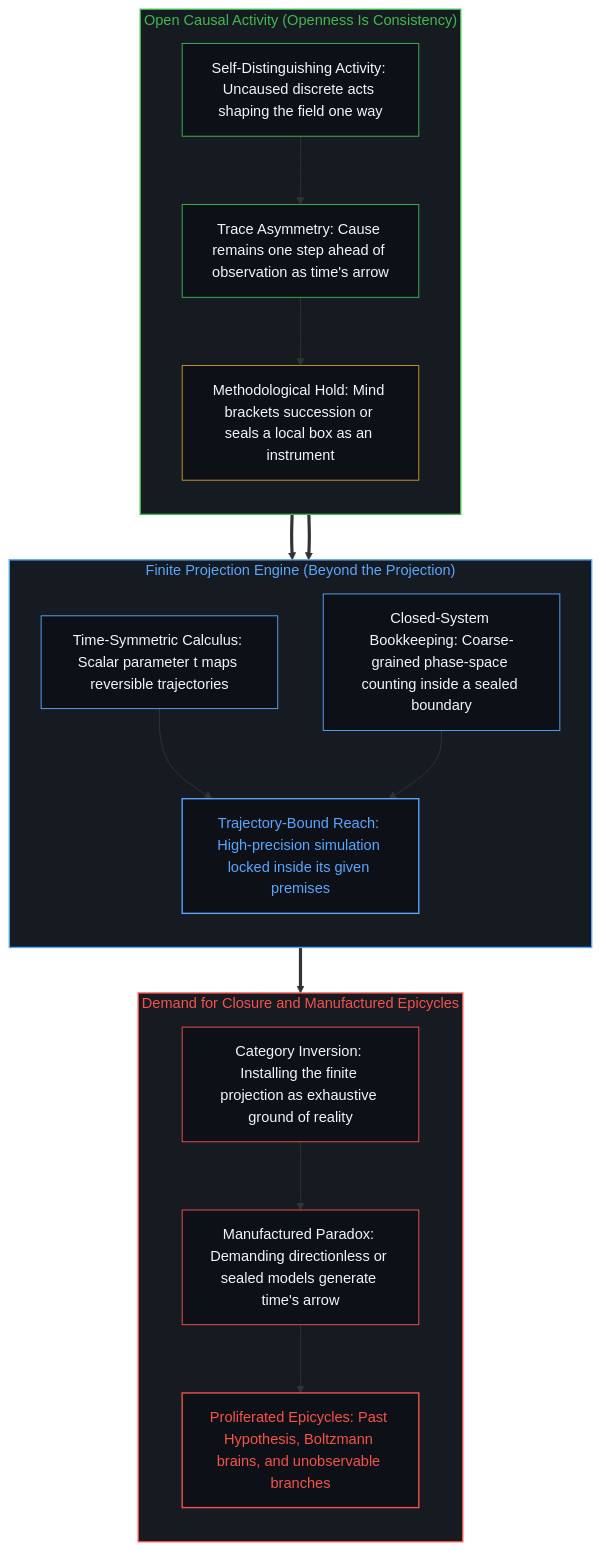
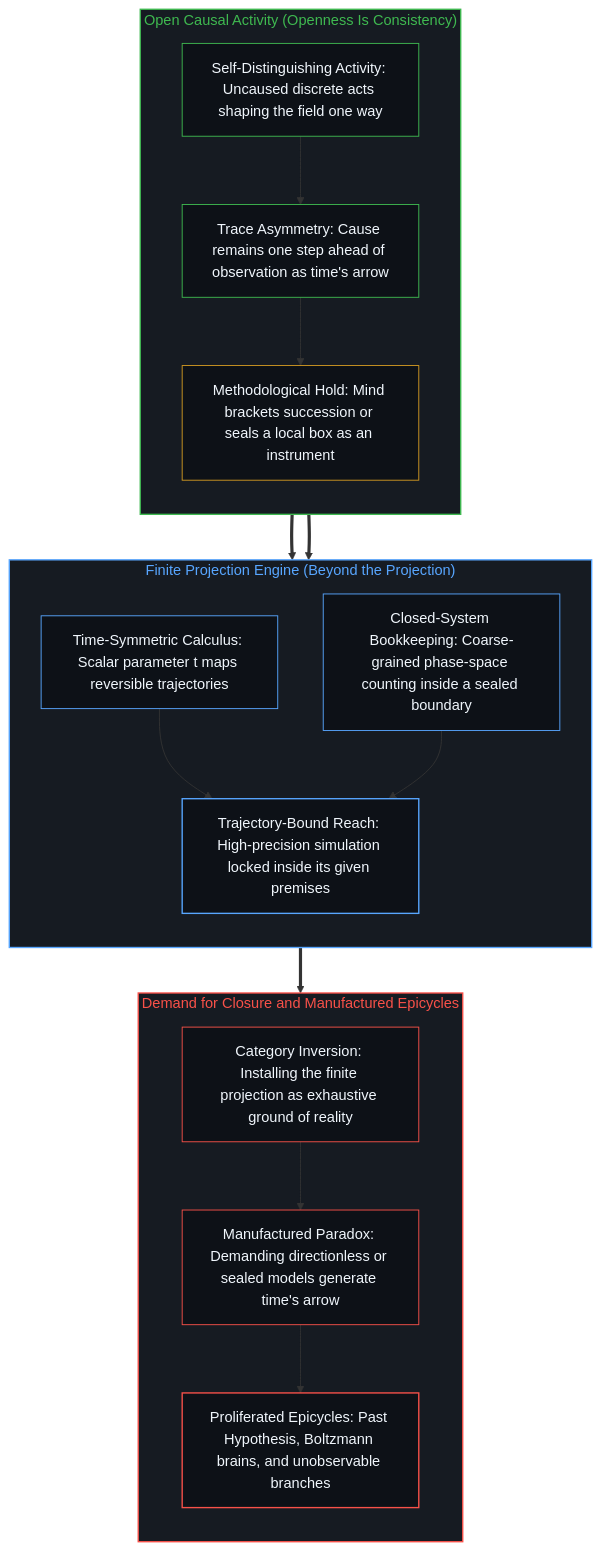
Before and after one commit to powerpig99/not-a-toe: the second of 2 diagrams in content/posts/the-mirage-of-times-arrow-and-the-boundaries-of-simulation.md, drawn with Mermaid. The commit also changed other lines of this file and 27 other files, not shown here.

````diff
--- a/content/posts/the-mirage-of-times-arrow-and-the-boundaries-of-simulation.md
+++ b/content/posts/the-mirage-of-times-arrow-and-the-boundaries-of-simulation.md
@@ -70,40 +70,40 @@
 ```mermaid
 flowchart TD
     subgraph S_OpenEdge ["Open Causal Activity (Openness Is Consistency)"]
         direction TB
         O_Act["Self-Distinguishing Activity: Uncaused discrete acts shaping the field one way"]
         O_Asym["Trace Asymmetry: Cause remains one step ahead of observation as time's arrow"]
         O_Hold["Methodological Hold: Mind brackets succession or seals a local box as an instrument"]
         O_Act --> O_Asym --> O_Hold
     end
     subgraph S_Projection ["Finite Projection Engine (Beyond the Projection)"]
         direction TB
         P_Sym["Time-Symmetric Calculus: Scalar parameter t maps reversible trajectories"]
         P_Box["Closed-System Bookkeeping: Coarse-grained phase-space counting inside a sealed boundary"]
         P_Limit["Trajectory-Bound Reach: High-precision simulation locked inside its given premises"]
         P_Sym --> P_Limit
         P_Box --> P_Limit
     end
     subgraph S_Inversion ["Demand for Closure and Manufactured Epicycles"]
         direction TB
         I_Reify["Category Inversion: Installing the finite projection as exhaustive ground of reality"]
         I_Paradox["Manufactured Paradox: Demanding directionless or sealed models generate time's arrow"]
         I_Patch["Proliferated Epicycles: Past Hypothesis, Boltzmann brains, and unobservable branches"]
         I_Reify --> I_Paradox --> I_Patch
     end
     O_Hold ==> P_Sym
     O_Hold ==> P_Box
     P_Limit ==> I_Reify
     style S_OpenEdge fill:#161b22,stroke:#3fb950,stroke-width:1.5px,color:#3fb950
     style S_Projection fill:#161b22,stroke:#58a6ff,stroke-width:1.5px,color:#58a6ff
     style S_Inversion fill:#161b22,stroke:#f85149,stroke-width:1.5px,color:#f85149
     style O_Act fill:#0d1117,stroke:#3fb950,stroke-width:1px,color:#f0f6fc
     style O_Asym fill:#0d1117,stroke:#3fb950,stroke-width:1px,color:#f0f6fc
     style O_Hold fill:#0d1117,stroke:#d29922,stroke-width:1px,color:#f0f6fc
     style P_Sym fill:#0d1117,stroke:#58a6ff,stroke-width:1px,color:#f0f6fc
     style P_Box fill:#0d1117,stroke:#58a6ff,stroke-width:1px,color:#f0f6fc
-    style P_Limit fill:#0d1117,stroke:#58a6ff,stroke-width:1.5px,color:#58a6ff
+    style P_Limit fill:#0d1117,stroke:#58a6ff,stroke-width:1.5px,color:#f0f6fc
     style I_Reify fill:#0d1117,stroke:#f85149,stroke-width:1px,color:#f0f6fc
     style I_Paradox fill:#0d1117,stroke:#f85149,stroke-width:1px,color:#f0f6fc
-    style I_Patch fill:#0d1117,stroke:#f85149,stroke-width:1.5px,color:#f85149
+    style I_Patch fill:#0d1117,stroke:#f85149,stroke-width:1.5px,color:#f0f6fc
 ```
````
